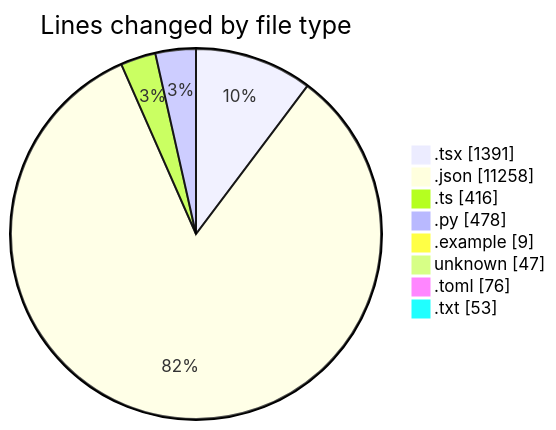
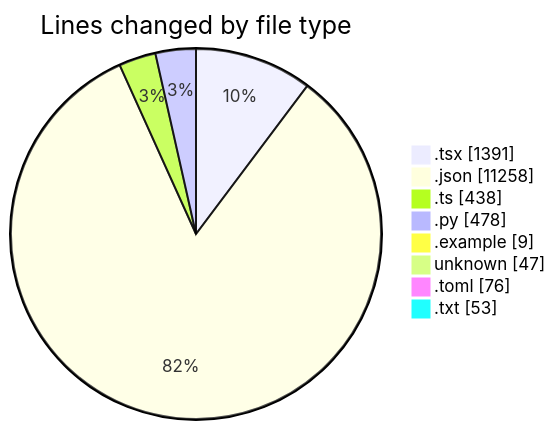
Before and after one commit to Elitesun/code-tracking: the first of 2 diagrams in 2025-04-30/niten/README.md, drawn with Mermaid. The commit also changed other lines of this file and 1 other file, not shown here.

````diff
--- a/2025-04-30/niten/README.md
+++ b/2025-04-30/niten/README.md
@@ -63,12 +63,12 @@
 ```mermaid
 pie showData
 title Lines changed by file type
 ".tsx" : 1391
 ".json" : 11258
-".ts" : 416
+".ts" : 438
 ".py" : 478
 ".example" : 9
 "unknown" : 47
 ".toml" : 76
 ".txt" : 53
 ```
````
